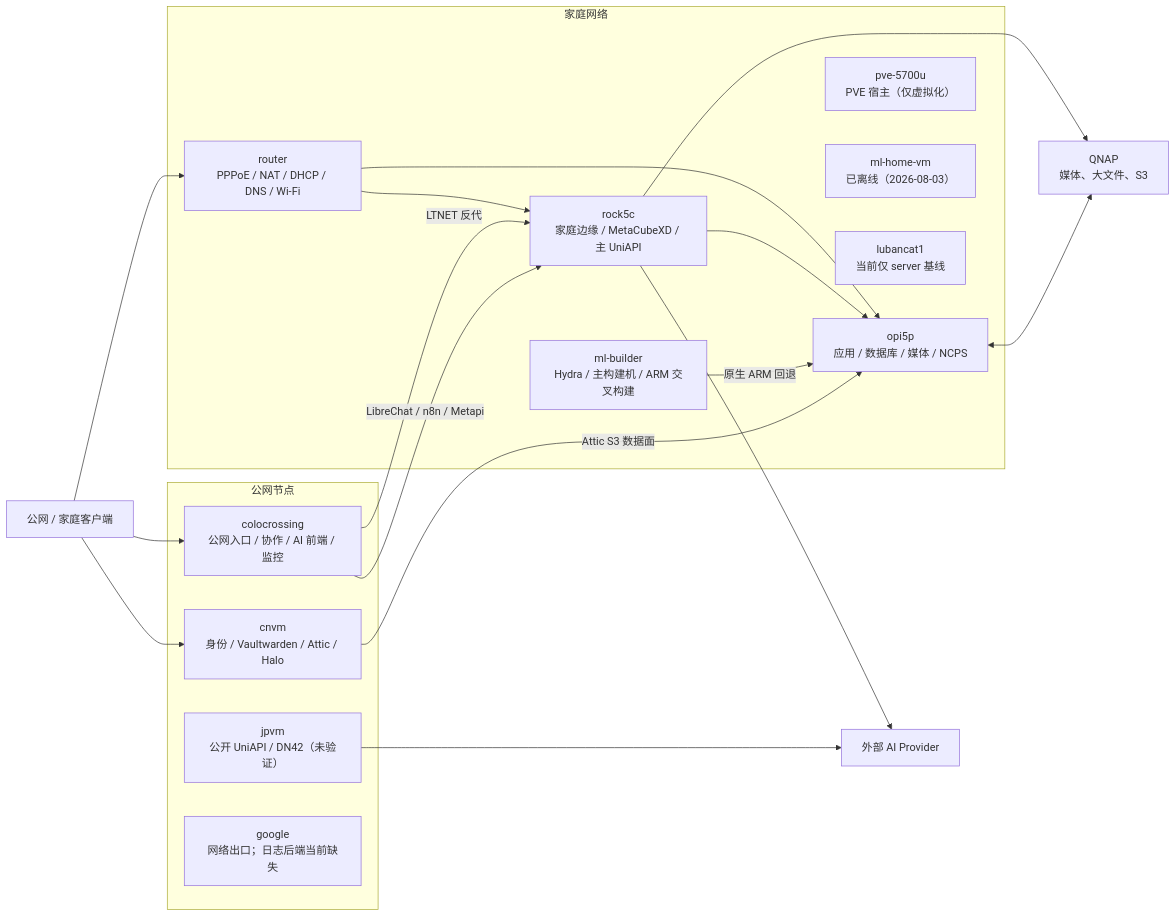
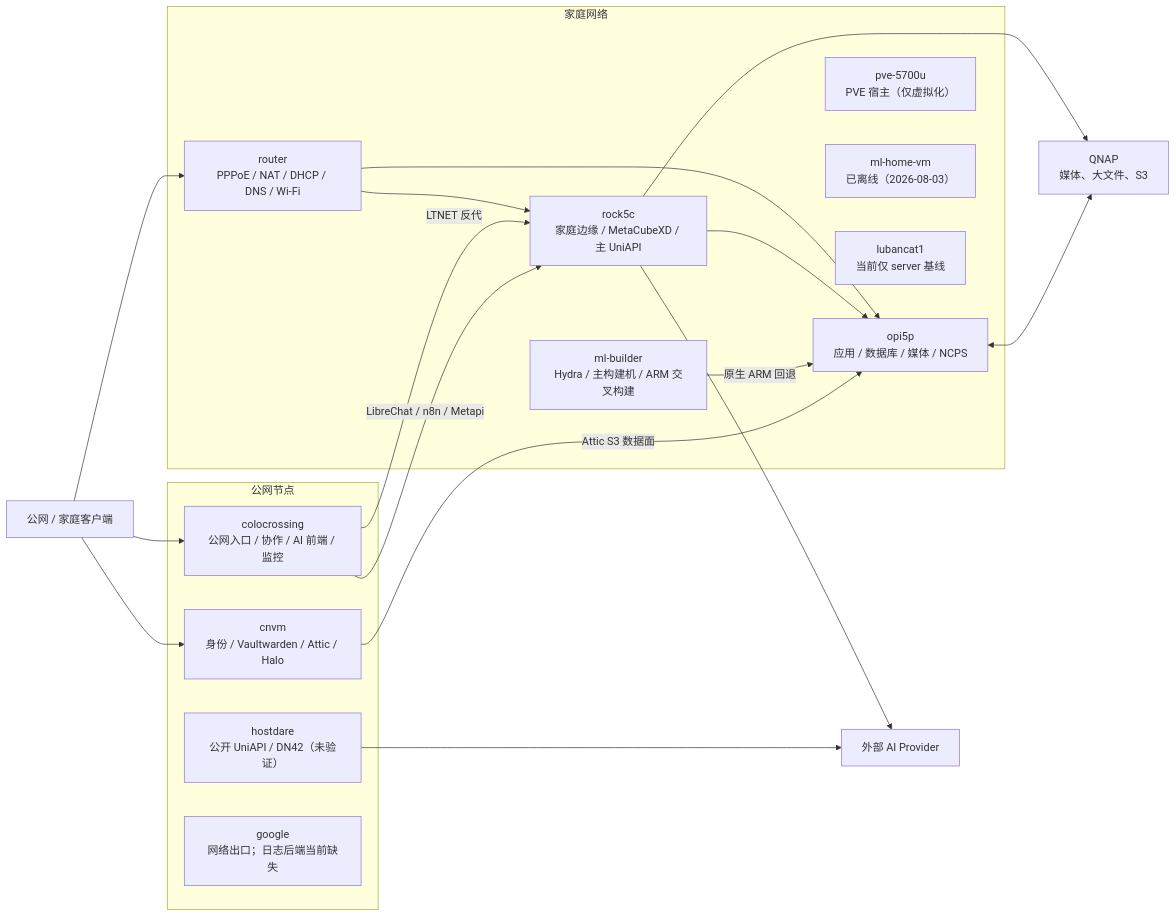
The diagram in docs/infrastructure/fleet-service-chain.md (zhyiheihei/nixos-config), drawn with Mermaid before and after one commit. The commit also changed other lines of this file and 34 other files, not shown here.

First line of the commit message:
refactor(hosts): rename jpvm to hostdare (provider name)

````diff
--- a/docs/infrastructure/fleet-service-chain.md
+++ b/docs/infrastructure/fleet-service-chain.md
@@ -20,38 +20,38 @@
 ```mermaid
 flowchart LR
   Client["公网 / 家庭客户端"]
   Provider["外部 AI Provider"]
   QNAP["QNAP\n媒体、大文件、S3"]
 
   subgraph Public["公网节点"]
     CNVM["cnvm\n身份 / Vaultwarden / Attic / Halo"]
     Colo["colocrossing\n公网入口 / 协作 / AI 前端 / 监控"]
-    JPVM["jpvm\n公开 UniAPI / DN42（未验证）"]
+    JPVM["hostdare\n公开 UniAPI / DN42（未验证）"]
     USVM["google\n网络出口；日志后端当前缺失"]
   end
 
   subgraph Home["家庭网络"]
     Router["router\nPPPoE / NAT / DHCP / DNS / Wi-Fi"]
     Rock["rock5c\n家庭边缘 / MetaCubeXD / 主 UniAPI"]
     OPI["opi5p\n应用 / 数据库 / 媒体 / NCPS"]
     PVE["pve-5700u\nPVE 宿主（仅虚拟化）"]
     Builder["ml-builder\nHydra / 主构建机 / ARM 交叉构建"]
     OldVM["ml-home-vm\n已离线（2026-08-03）"]
     Luban["lubancat1\n当前仅 server 基线"]
   end
 
   Client --> Colo
   Client --> CNVM
   Client --> Router
   Router --> Rock
   Router --> OPI
   Colo -->|"LTNET 反代"| Rock
   Rock --> OPI
   Rock --> QNAP
   OPI <--> QNAP
   Colo -->|"LibreChat / n8n / Metapi"| Rock
   Rock --> Provider
   JPVM --> Provider
   Builder -->|"原生 ARM 回退"| OPI
   CNVM -->|"Attic S3 数据面"| OPI
 ```
````
